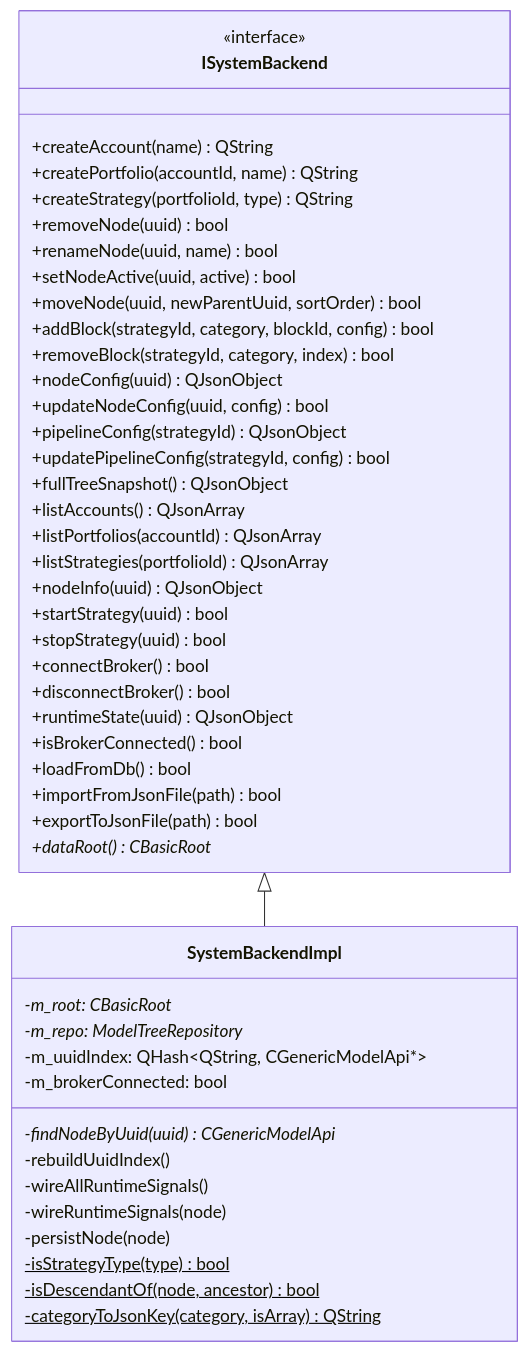
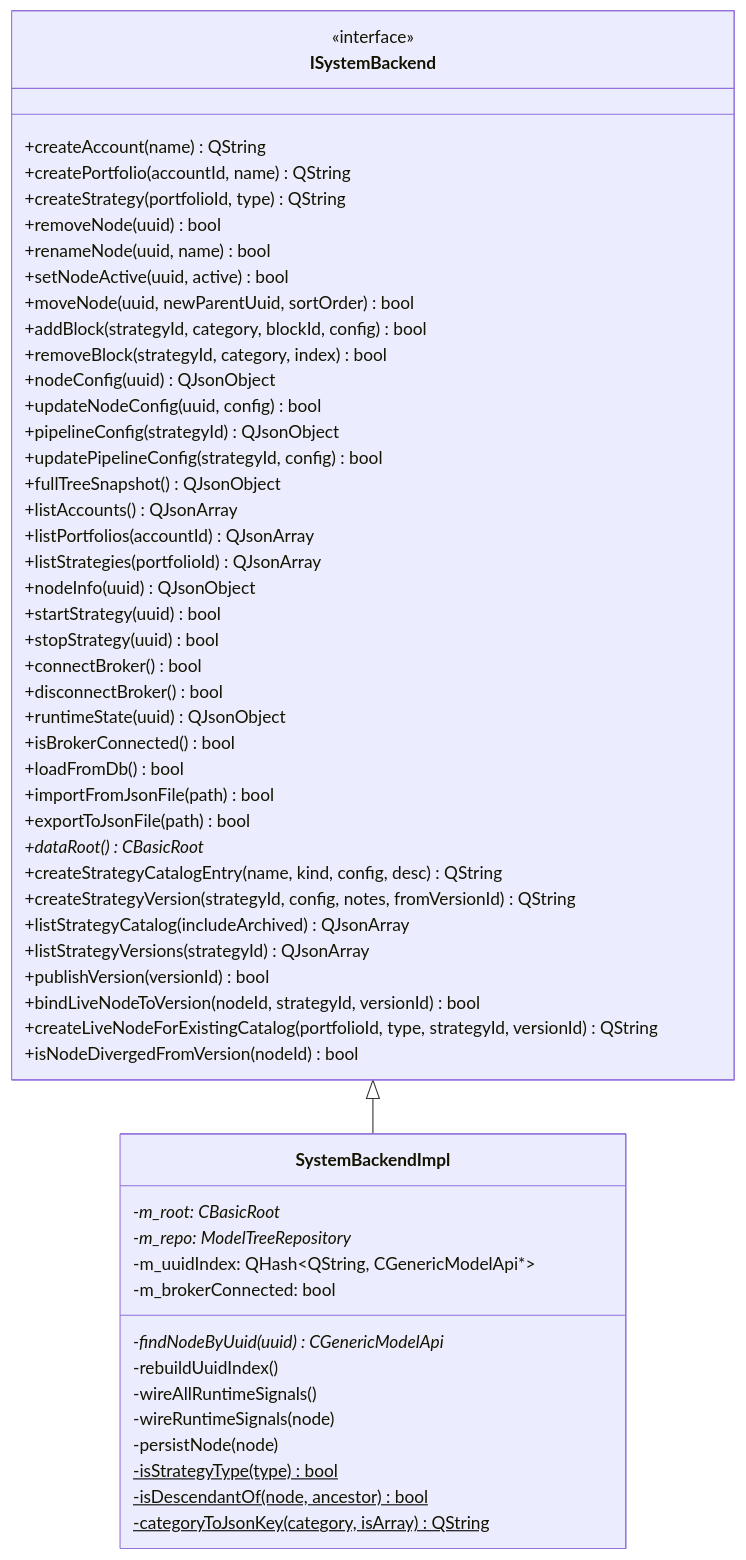
One commit to CloseToAlgoTrading/IbTradeQtDev changed the second of 22 diagrams in IbTradeQt/docs/ARCHITECTURE.md. Above: the diagram before and after it, drawn with Mermaid. The commit also changed other lines of this file and 33 other files, not shown here.

First line of the commit message:
Add Strategy Management tab with versioned catalog (two-stage implementation)

````diff
--- a/IbTradeQt/docs/ARCHITECTURE.md
+++ b/IbTradeQt/docs/ARCHITECTURE.md
@@ -119,49 +120,57 @@
 ```mermaid
 classDiagram
     class ISystemBackend {
         <<interface>>
         +createAccount(name) QString
         +createPortfolio(accountId, name) QString
         +createStrategy(portfolioId, type) QString
         +removeNode(uuid) bool
         +renameNode(uuid, name) bool
         +setNodeActive(uuid, active) bool
         +moveNode(uuid, newParentUuid, sortOrder) bool
         +addBlock(strategyId, category, blockId, config) bool
         +removeBlock(strategyId, category, index) bool
         +nodeConfig(uuid) QJsonObject
         +updateNodeConfig(uuid, config) bool
         +pipelineConfig(strategyId) QJsonObject
         +updatePipelineConfig(strategyId, config) bool
         +fullTreeSnapshot() QJsonObject
         +listAccounts() QJsonArray
         +listPortfolios(accountId) QJsonArray
         +listStrategies(portfolioId) QJsonArray
         +nodeInfo(uuid) QJsonObject
         +startStrategy(uuid) bool
         +stopStrategy(uuid) bool
         +connectBroker() bool
         +disconnectBroker() bool
         +runtimeState(uuid) QJsonObject
         +isBrokerConnected() bool
         +loadFromDb() bool
         +importFromJsonFile(path) bool
         +exportToJsonFile(path) bool
         +dataRoot() CBasicRoot*
+        +createStrategyCatalogEntry(name, kind, config, desc) QString
+        +createStrategyVersion(strategyId, config, notes, fromVersionId) QString
+        +listStrategyCatalog(includeArchived) QJsonArray
+        +listStrategyVersions(strategyId) QJsonArray
+        +publishVersion(versionId) bool
+        +bindLiveNodeToVersion(nodeId, strategyId, versionId) bool
+        +createLiveNodeForExistingCatalog(portfolioId, type, strategyId, versionId) QString
+        +isNodeDivergedFromVersion(nodeId) bool
     }
     class SystemBackendImpl {
         -m_root: CBasicRoot*
         -m_repo: ModelTreeRepository*
         -m_uuidIndex: QHash~QString, CGenericModelApi*~
         -m_brokerConnected: bool
         -findNodeByUuid(uuid) CGenericModelApi*
         -rebuildUuidIndex()
         -wireAllRuntimeSignals()
         -wireRuntimeSignals(node)
         -persistNode(node)
         -isStrategyType(type) bool$
         -isDescendantOf(node, ancestor) bool$
         -categoryToJsonKey(category, isArray) QString$
     }
     ISystemBackend <|-- SystemBackendImpl
 ```
````
